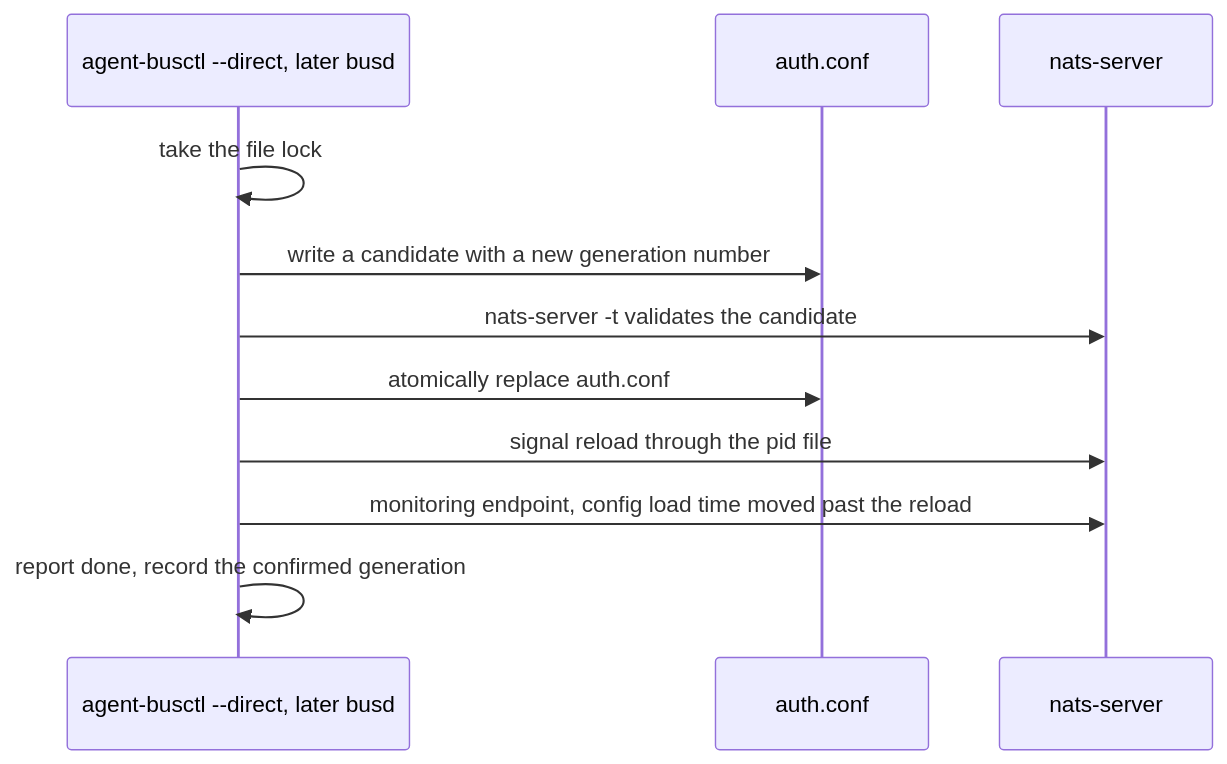
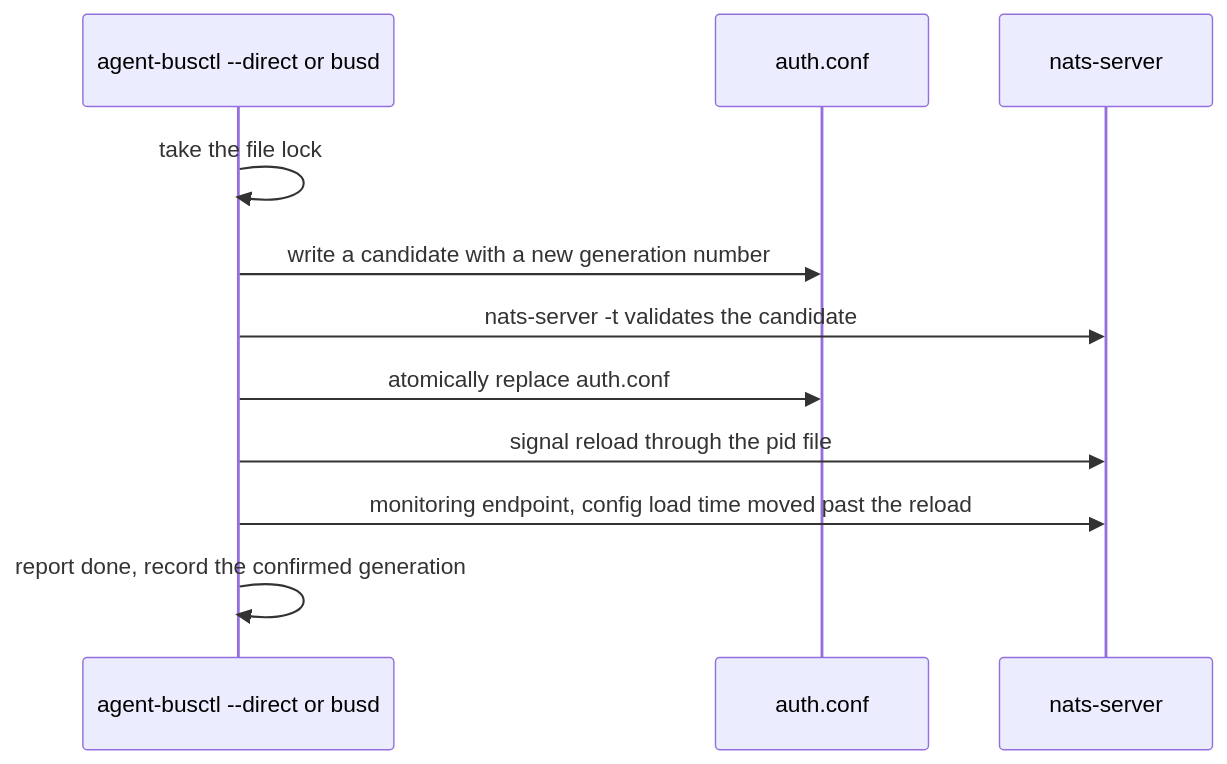
Before and after one commit to gentoomaniac/agent-bus: the second of 2 diagrams in docs/design/operations.md, drawn with Mermaid. The commit also changed other lines of this file, not shown here.

First line of the commit message:
docs/design: operations describes busd in the broker container, the monitor's own config volume and the container deploy

````diff
--- a/docs/design/operations.md
+++ b/docs/design/operations.md
@@ -55,13 +63,13 @@
 ```mermaid
 sequenceDiagram
-  participant Op as agent-busctl --direct, later busd
+  participant Op as agent-busctl --direct or busd
   participant Conf as auth.conf
   participant Server as nats-server
   Op->>Op: take the file lock
   Op->>Conf: write a candidate with a new generation number
   Op->>Server: nats-server -t validates the candidate
   Op->>Conf: atomically replace auth.conf
   Op->>Server: signal reload through the pid file
   Op->>Server: monitoring endpoint, config load time moved past the reload
   Op->>Op: report done, record the confirmed generation
 ```
````
